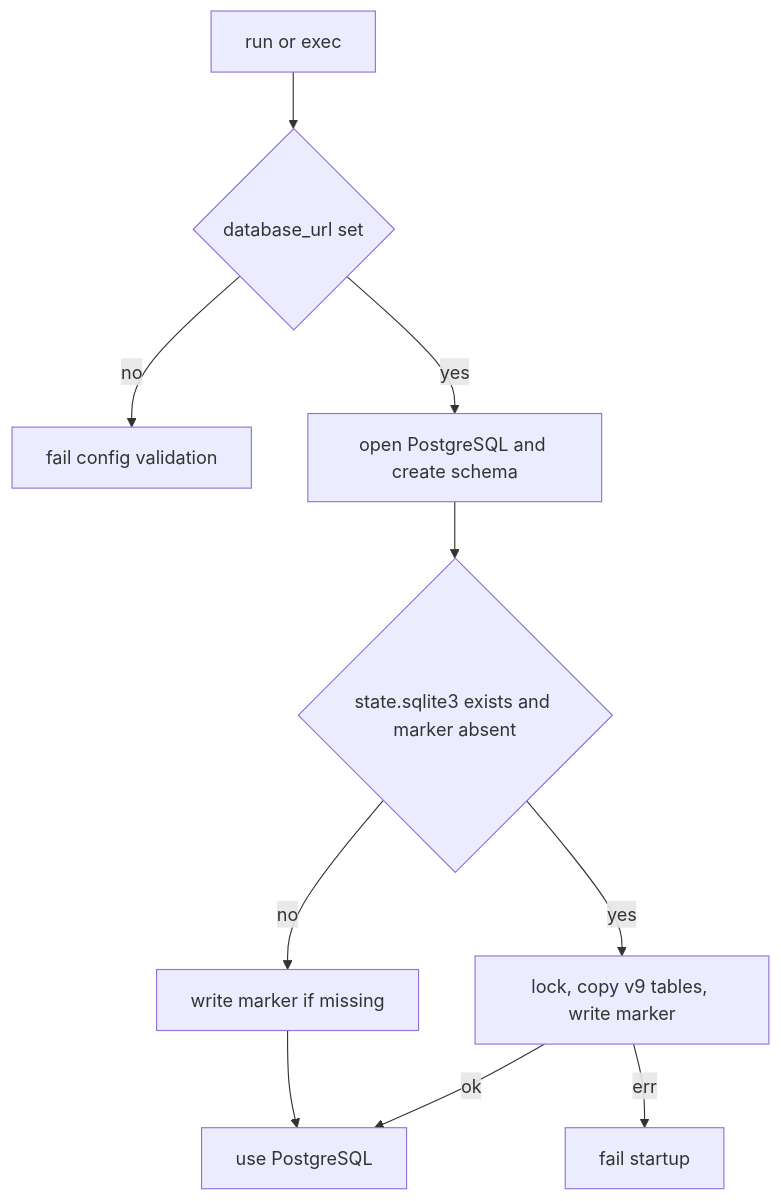
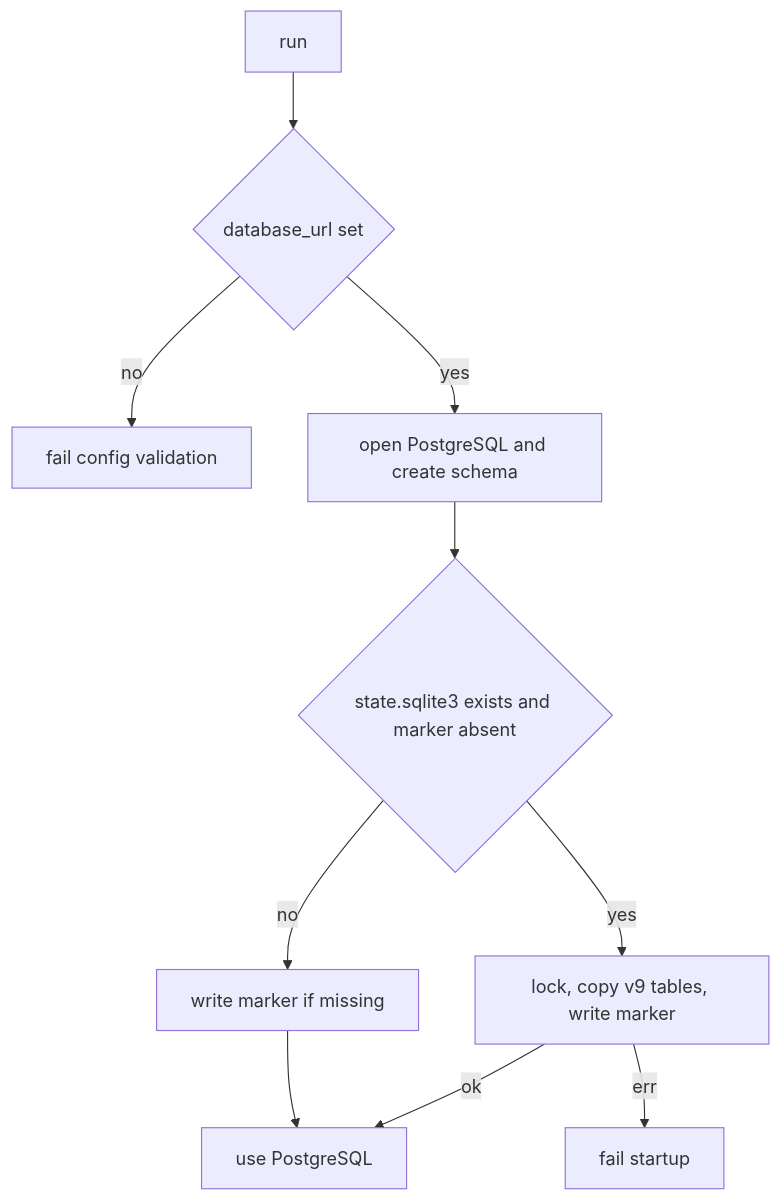
The diagram in docs/plans/2026-08-16-001-feat-rocketclaw-postgres-store-plan.md (Rocketable/platform), drawn with Mermaid before and after one commit. The commit also changed other lines of this file and 158 other files, not shown here.

````diff
--- a/docs/plans/2026-08-16-001-feat-rocketclaw-postgres-store-plan.md
+++ b/docs/plans/2026-08-16-001-feat-rocketclaw-postgres-store-plan.md
@@ -172,12 +172,12 @@
 ```mermaid
 flowchart TB
-  start[run or exec] --> validate{database_url set}
+  start[run] --> validate{database_url set}
   validate -->|no| failConfig[fail config validation]
   validate -->|yes| openPg[open PostgreSQL and create schema]
   openPg --> sqlite{state.sqlite3 exists and marker absent}
   sqlite -->|no| markFresh[write marker if missing]
   markFresh --> serve[use PostgreSQL]
   sqlite -->|yes| copy[lock, copy v9 tables, write marker]
   copy -->|ok| serve
   copy -->|err| failStart[fail startup]
 ```
````
